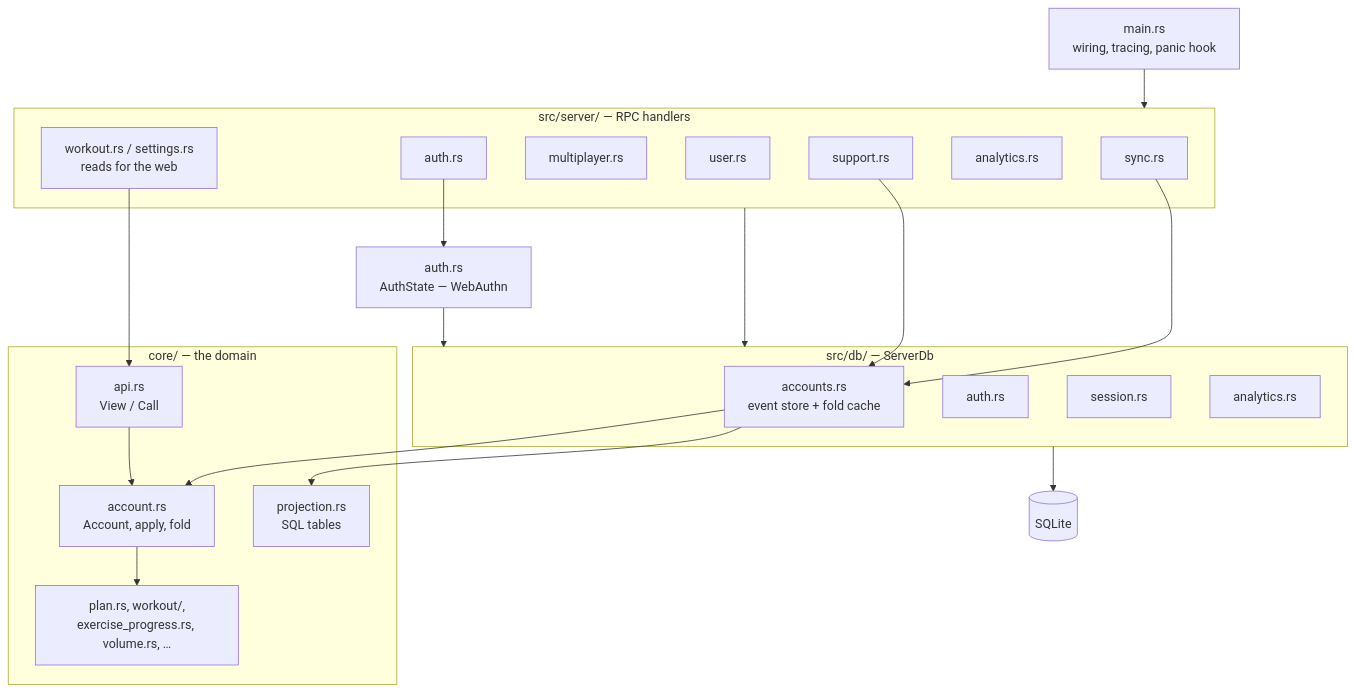
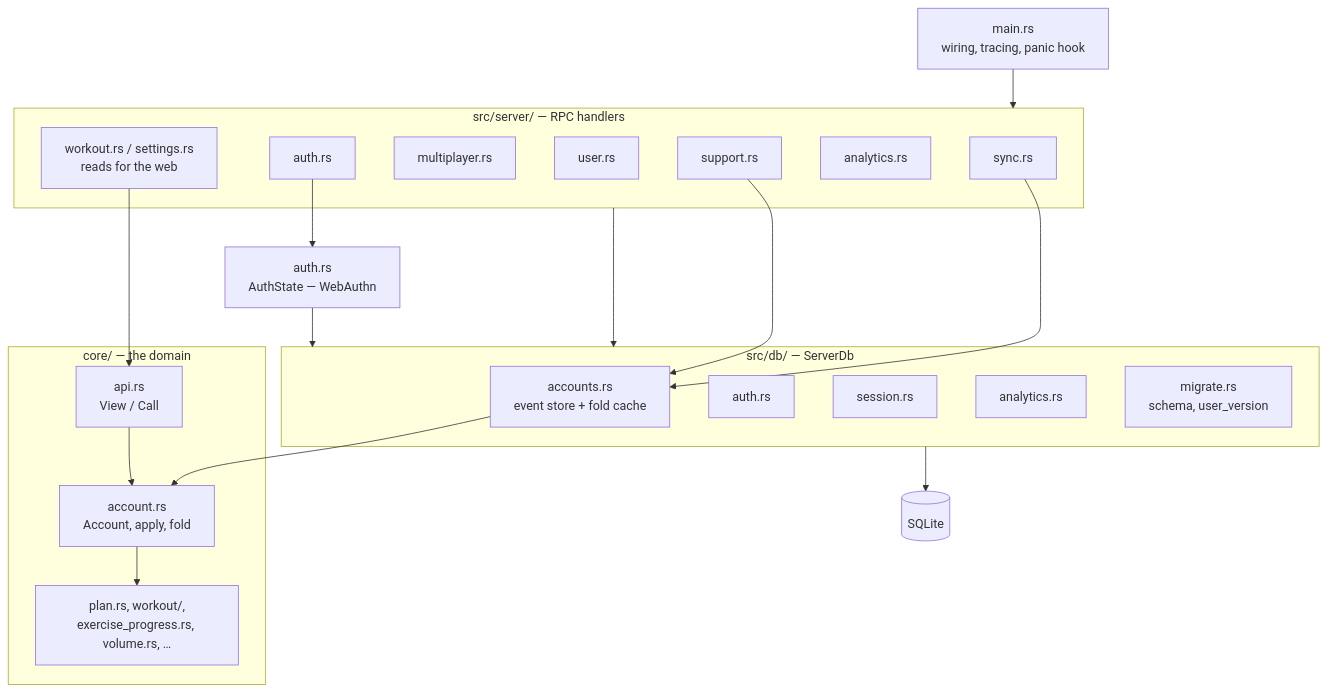
One commit to brensch/lift changed the first of 3 diagrams in docs/architecture/backend.md. Above: the diagram before and after it, drawn with Mermaid. The commit also changed other lines of this file and 32 other files, not shown here.

````diff
--- a/docs/architecture/backend.md
+++ b/docs/architecture/backend.md
@@ -11,44 +11,43 @@
 ```mermaid
 graph TD
     main["main.rs<br/>wiring, tracing, panic hook"]
 
     subgraph svc["src/server/ — RPC handlers"]
         sy["sync.rs"]
         w["workout.rs / settings.rs<br/>reads for the web"]
         mp["multiplayer.rs"]
         us["user.rs"]
         au["auth.rs"]
         an["analytics.rs"]
         su["support.rs"]
     end
 
     subgraph core["core/ — the domain"]
         acc["account.rs<br/>Account, apply, fold"]
         api["api.rs<br/>View / Call"]
-        proj["projection.rs<br/>SQL tables"]
         rules["plan.rs, workout/,<br/>exercise_progress.rs, volume.rs, …"]
     end
 
     subgraph data["src/db/ — ServerDb"]
         dacc["accounts.rs<br/>event store + fold cache"]
         dauth["auth.rs"]
         dses["session.rs"]
         dan["analytics.rs"]
+        dmig["migrate.rs<br/>schema, user_version"]
     end
 
     authst["auth.rs<br/>AuthState — WebAuthn"]
     sqlite[("SQLite")]
 
     main --> svc
     sy --> dacc
     w --> api
     su --> dacc
     dacc --> acc
-    dacc --> proj
     acc --> rules
     api --> acc
     au --> authst
     svc --> data
     authst --> data
     data --> sqlite
 ```
````
